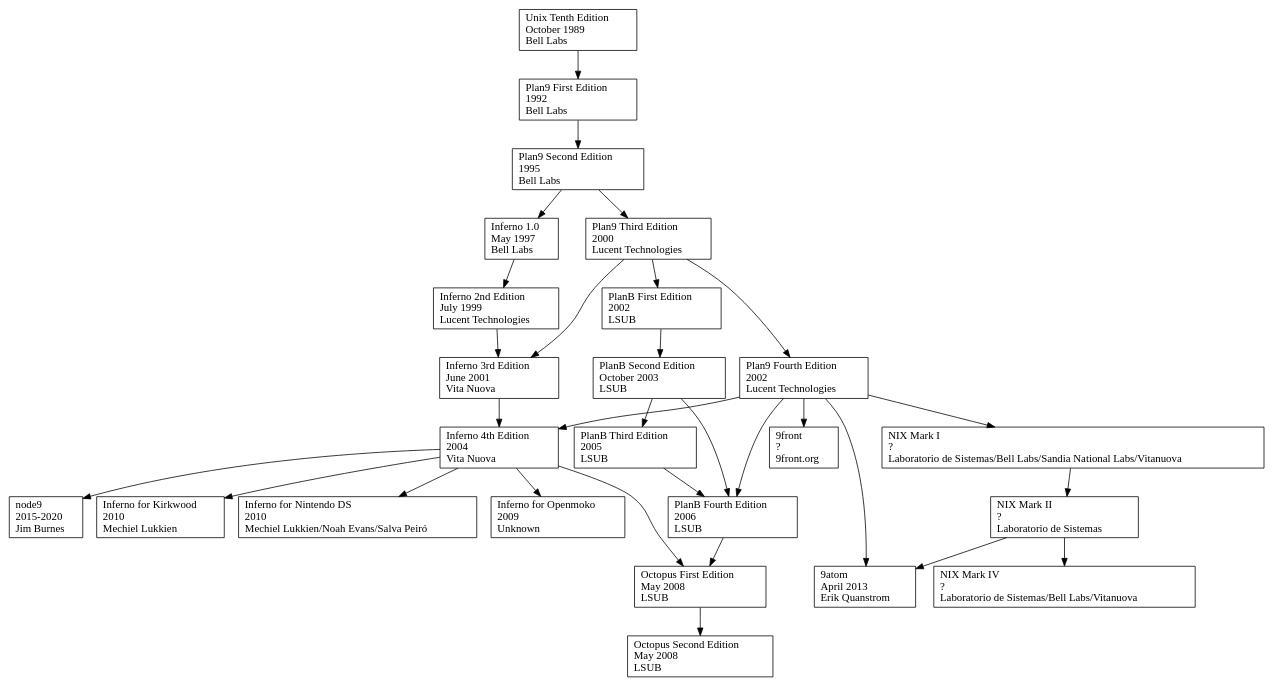
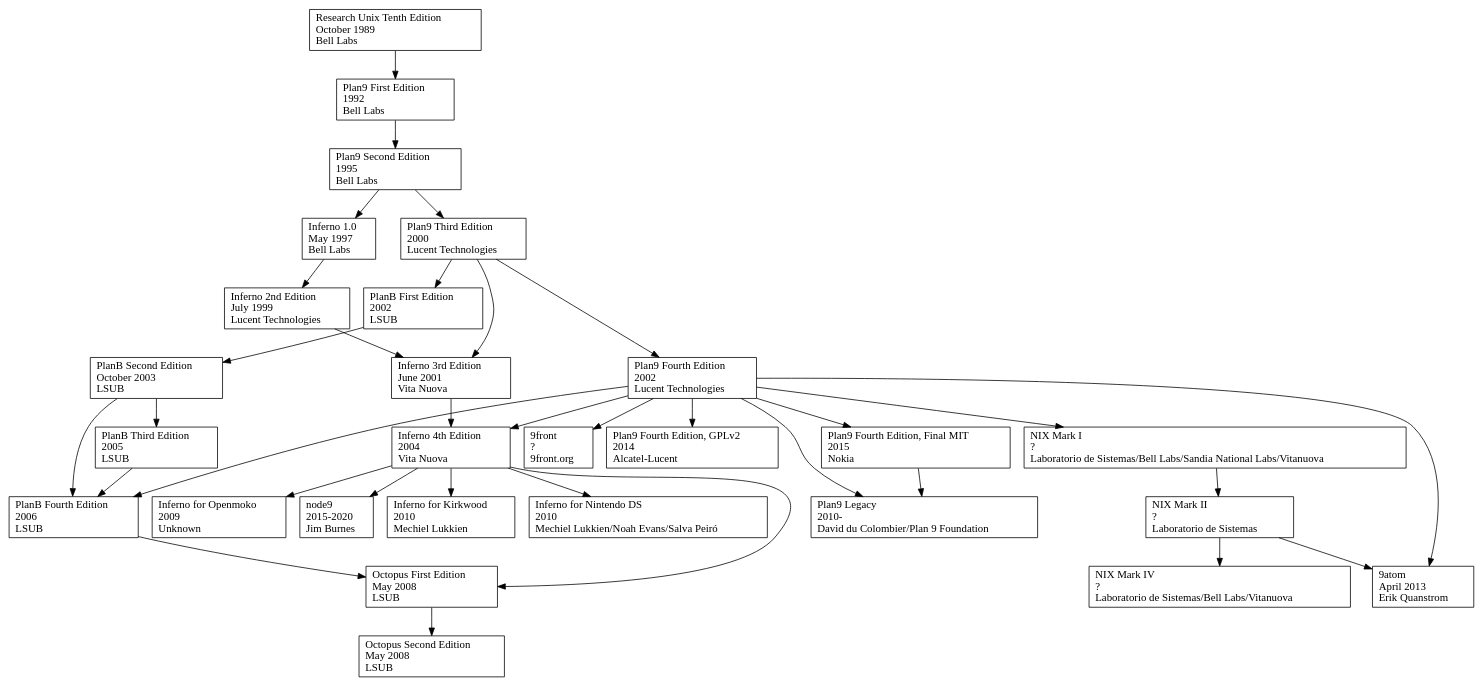
One commit to da4089/plan9-history changed the diagram in plan9.dot. Above: the diagram before and after it, drawn with Graphviz.

Commit message:
Added GPLv2 & MIT releases of plan9 4ed.
Also, noted Unix 10ed as "Research" Unix, as seems to be standard nomenclature.

```diff
--- a/plan9.dot
+++ b/plan9.dot
@@ -1,142 +1,159 @@
 digraph D {
 
         node [shape=record];
 
         // --------------------
         // Research Unix
 
-        // unix7ed [label="Unix Seventh Edition\lJanuary 1979\lBell Labs\l"]
-        // unix8ed [label="Unix Eighth Edition\lFebruary 1985\lBell Labs\l"]
-        // unix9ed [label="Unix Ninth Edition\lSeptember 1986\lBell Labs\l"]
-        unix10ed [label="Unix Tenth Edition\lOctober 1989\lBell Labs\l"]
+        // unix7ed [label="Research Unix Seventh Edition\lJanuary 1979\lBell Labs\l"]
+        // unix8ed [label="Research Unix Eighth Edition\lFebruary 1985\lBell Labs\l"]
+        // unix9ed [label="Research Unix Ninth Edition\lSeptember 1986\lBell Labs\l"]
+        unix10ed [label="Research Unix Tenth Edition\lOctober 1989\lBell Labs\l"]
 
         // --------------------
         // Plan 9 from Bell Labs
 
         p91ed [label="Plan9 First Edition\l1992\lBell Labs\l"]
         p92ed [label="Plan9 Second Edition\l1995\lBell Labs\l"]
         p93ed [label="Plan9 Third Edition\l2000\lLucent Technologies\l"]
         p94ed [label="Plan9 Fourth Edition\l2002\lLucent Technologies\l"]
+
+        p94ed_gpl [label="Plan9 Fourth Edition, GPLv2\l2014\lAlcatel-Lucent\l"]
+        p94ed_final [label="Plan9 Fourth Edition, Final MIT\l2015\lNokia\l"]
+
+        // --------------------
+        // 9legacy
+        // originally, a set of patches against sources @ Bell Labs, maintained by David du Colombier
+        // now a full distrubtion, at 9legacy.org
+
+        p9legacy [label="Plan9 Legacy\l2010-\lDavid du Colombier/Plan 9 Foundation\l"]
+
 
         // --------------------
         // Plan B
         // nemo & co
 
         // 1st ed, user man tr
         planb1ed [label="PlanB First Edition\l2002\lLSUB\l"]
 
         // 2nd edition user manual, Postscript
         planb2ed [label="PlanB Second Edition\lOctober 2003\lLSUB\l"]
 
         // 3rd ed user manual, GSYC-TR-2005-04
         planb3ed [label="PlanB Third Edition\l2005\lLSUB\l"]
 
         // 4th ed user manual
         // 4th ed source at https://github.com/fjballest/planb
         planb4ed [label="PlanB Fourth Edition\l2006\lLSUB\l"]
 
         // --------------------
         // Octopus
         octopus1ed [label="Octopus First Edition\lMay 2008\lLSUB\l"]
 
         // 2nd Edition
         octopus2ed [label="Octopus Second Edition\lMay 2008\lLSUB\l"]
 
         // --------------------
         // NIX
 
         nixmk1 [label="NIX Mark I\l?\lLaboratorio de Sistemas/Bell Labs/Sandia National Labs/Vitanuova\l"]
         nixmk2 [label="NIX Mark II\l?\lLaboratorio de Sistemas\l"]
         nixmk4 [label="NIX Mark IV\l?\lLaboratorio de Sistemas/Bell Labs/Vitanuova\l"]
 
         // --------------------
         // 9atom
 
         p9atom [label="9atom\lApril 2013\lErik Quanstrom\l"]
 
         // --------------------
         // 9front
 
         p9front [label="9front\l?\l9front.org\l"]
 
         // --------------------
         // node9
 
         node9 [label="node9\l2015-2020\lJim Burnes\l"]
 
         // --------------------
         // Inferno
 
         inferno1ed [label="Inferno 1.0\lMay 1997\lBell Labs\l"]
         inferno2ed [label="Inferno 2nd Edition\lJuly 1999\lLucent Technologies\l"]
         inferno3ed [label="Inferno 3rd Edition\lJune 2001\lVita Nuova\l"]
         inferno4ed [label="Inferno 4th Edition\l2004\lVita Nuova\l"]
 
         // --------------------
         // Inferno for Sheevaplug (Marvell Kirkwood)
         // https://github.com/mjl-/inferno-kirkwood
 
         inferno_kirkwood [label="Inferno for Kirkwood\l2010\lMechiel Lukkien\l"]
 
         // --------------------
         // Inferno for Nintendo DS
 
 
         inferno_ds [label="Inferno for Nintendo DS\l2010\lMechiel Lukkien/Noah Evans/Salva Peiró\l"]
 
         // --------------------
         // Inferno for Nintendo DS
         // https://github.com/Plan9-Archive/inferno-openmoko
 
         inferno_openmoko [label="Inferno for Openmoko\l2009\lUnknown\l"]
 
 
 
         // unix7ed       -> unix8ed
         // unix8ed       -> unix9ed
         // unix9ed       -> unix10ed
         unix10ed      -> p91ed
 
         p91ed         -> p92ed
         p92ed         -> p93ed
         p93ed         -> p94ed
 
+        p94ed         -> p9legacy
+        p94ed         -> p94ed_gpl
+        p94ed         -> p94ed_final
+
+        p94ed_final   -> p9legacy
+
         p92ed         -> inferno1ed
         inferno1ed    -> inferno2ed
         inferno2ed    -> inferno3ed
         p93ed         -> inferno3ed
         inferno3ed    -> inferno4ed
         p94ed         -> inferno4ed
 
         // PlanB based on Plan9, 3rd edition (guess, based on dates)
         p93ed         -> planb1ed
 
         planb1ed      -> planb2ed
 
         planb2ed      -> planb3ed
 
         planb2ed      -> planb4ed
         planb3ed      -> planb4ed
         p94ed         -> planb4ed
 
         planb4ed      -> octopus1ed
         inferno4ed    -> octopus1ed
         octopus1ed    -> octopus2ed
 
         p94ed         -> nixmk1
         nixmk1        -> nixmk2
         nixmk2        -> nixmk4
 
         nixmk2        -> p9atom
         p94ed         -> p9atom
 
         p94ed         -> p9front
 
         inferno4ed    -> node9
 
         inferno4ed    -> inferno_kirkwood
 
         inferno4ed    -> inferno_ds
 
         inferno4ed    -> inferno_openmoko
 }
```
